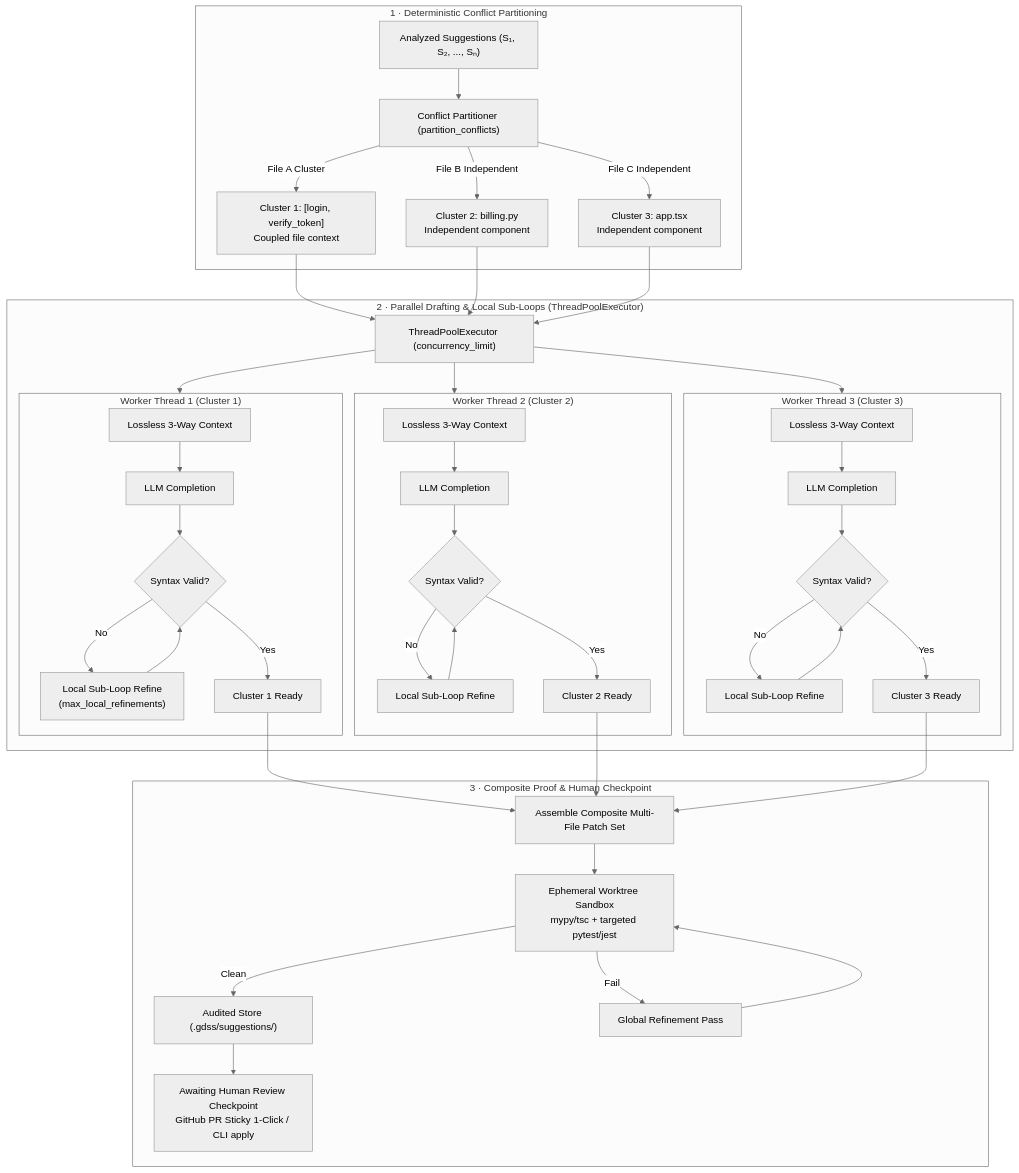
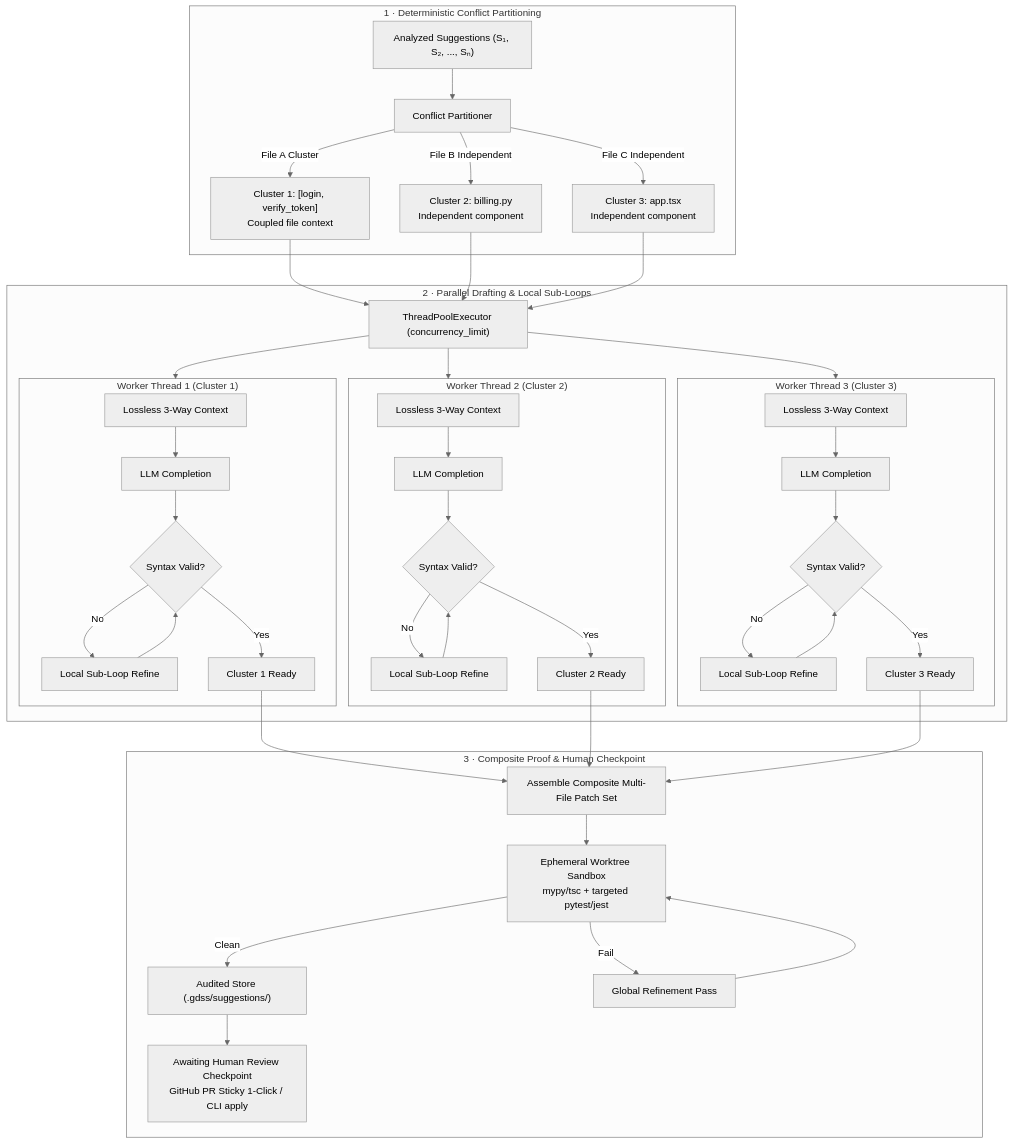
Before and after one commit to actions-marketplace-validations/Sarthak2233_gdss-radar: the first of 2 diagrams in docs/PARALLEL_ORCHESTRATION_AND_CONTEXT_GUIDE.md, drawn with Mermaid (neutral theme). The commit also changed other lines of this file and 5 other files, not shown here.

````diff
--- a/docs/PARALLEL_ORCHESTRATION_AND_CONTEXT_GUIDE.md
+++ b/docs/PARALLEL_ORCHESTRATION_AND_CONTEXT_GUIDE.md
@@ -66,63 +65,63 @@
 ```mermaid
 flowchart TD
     subgraph S1 ["1 · Deterministic Conflict Partitioning"]
         SugList["Analyzed Suggestions (S₁, S₂, ..., Sₙ)"]
-        Partitioner["Conflict Partitioner (partition_conflicts)"]
+        Partitioner["Conflict Partitioner"]
         SugList --> Partitioner
         Partitioner -->|"File A Cluster"| C1["Cluster 1: [login, verify_token]<br>Coupled file context"]
         Partitioner -->|"File B Independent"| C2["Cluster 2: billing.py<br>Independent component"]
         Partitioner -->|"File C Independent"| C3["Cluster 3: app.tsx<br>Independent component"]
     end
 
-    subgraph S2 ["2 · Parallel Drafting & Local Sub-Loops (ThreadPoolExecutor)"]
+    subgraph S2 ["2 · Parallel Drafting & Local Sub-Loops"]
         Pool["ThreadPoolExecutor (concurrency_limit)"]
         C1 --> Pool
         C2 --> Pool
         C3 --> Pool
 
         subgraph W1 ["Worker Thread 1 (Cluster 1)"]
             Ctx1["Lossless 3-Way Context"]
             LLM1["LLM Completion"]
             Check1{"Syntax Valid?"}
-            SubRefine1["Local Sub-Loop Refine<br>(max_local_refinements)"]
+            SubRefine1["Local Sub-Loop Refine"]
             Ctx1 --> LLM1 --> Check1
             Check1 -- "No" --> SubRefine1 --> Check1
             Check1 -- "Yes" --> Ready1["Cluster 1 Ready"]
         end
 
         subgraph W2 ["Worker Thread 2 (Cluster 2)"]
             Ctx2["Lossless 3-Way Context"]
             LLM2["LLM Completion"]
             Check2{"Syntax Valid?"}
             SubRefine2["Local Sub-Loop Refine"]
             Ctx2 --> LLM2 --> Check2
             Check2 -- "No" --> SubRefine2 --> Check2
             Check2 -- "Yes" --> Ready2["Cluster 2 Ready"]
         end
 
         subgraph W3 ["Worker Thread 3 (Cluster 3)"]
             Ctx3["Lossless 3-Way Context"]
             LLM3["LLM Completion"]
             Check3{"Syntax Valid?"}
             SubRefine3["Local Sub-Loop Refine"]
             Ctx3 --> LLM3 --> Check3
             Check3 -- "No" --> SubRefine3 --> Check3
             Check3 -- "Yes" --> Ready3["Cluster 3 Ready"]
         end
 
         Pool --> W1
         Pool --> W2
         Pool --> W3
     end
 
     subgraph S3 ["3 · Composite Proof & Human Checkpoint"]
         Ready1 --> Composite["Assemble Composite Multi-File Patch Set"]
         Ready2 --> Composite
         Ready3 --> Composite
         Composite --> Sandbox["Ephemeral Worktree Sandbox<br>mypy/tsc + targeted pytest/jest"]
         Sandbox -- "Clean" --> Store["Audited Store (.gdss/suggestions/)"]
         Sandbox -- "Fail" --> GlobalRefine["Global Refinement Pass"]
         GlobalRefine --> Sandbox
         Store --> HumanReview["Awaiting Human Review Checkpoint<br>GitHub PR Sticky 1-Click / CLI apply"]
     end
 ```
````
